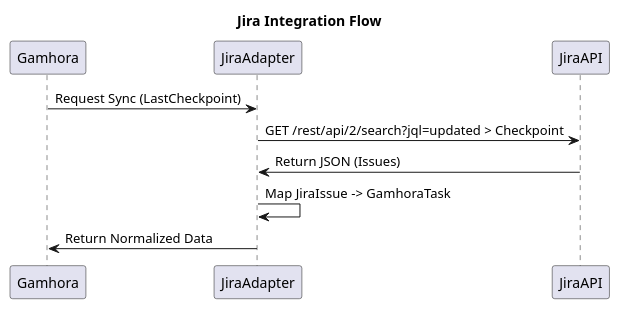
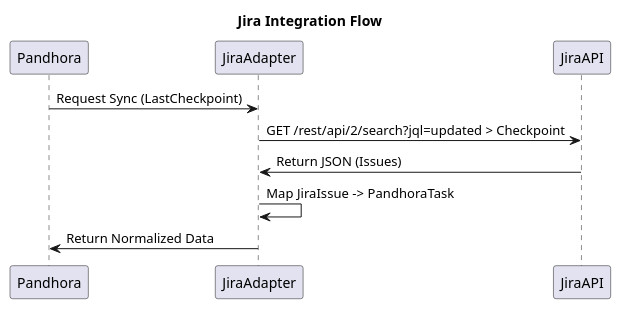
One commit to Gustavohps10/gamhora changed the diagram in docs/srs/diagrams/puml/integration/diagram-integration-001-jira.puml. Above: the diagram before and after it, drawn with PlantUML. The commit also changed 317 other files, not shown here.

```diff
--- a/docs/srs/diagrams/puml/integration/diagram-integration-001-jira.puml
+++ b/docs/srs/diagrams/puml/integration/diagram-integration-001-jira.puml
@@ -1,12 +1,12 @@
 @startuml IntegrationJira
 title Jira Integration Flow
-participant Gamhora
+participant Pandhora
 participant JiraAdapter
 participant JiraAPI
 
-Gamhora -> JiraAdapter: Request Sync (LastCheckpoint)
+Pandhora -> JiraAdapter: Request Sync (LastCheckpoint)
 JiraAdapter -> JiraAPI: GET /rest/api/2/search?jql=updated > Checkpoint
 JiraAPI -> JiraAdapter: Return JSON (Issues)
-JiraAdapter -> JiraAdapter: Map JiraIssue -> GamhoraTask
-JiraAdapter -> Gamhora: Return Normalized Data
+JiraAdapter -> JiraAdapter: Map JiraIssue -> PandhoraTask
+JiraAdapter -> Pandhora: Return Normalized Data
 @enduml
```
